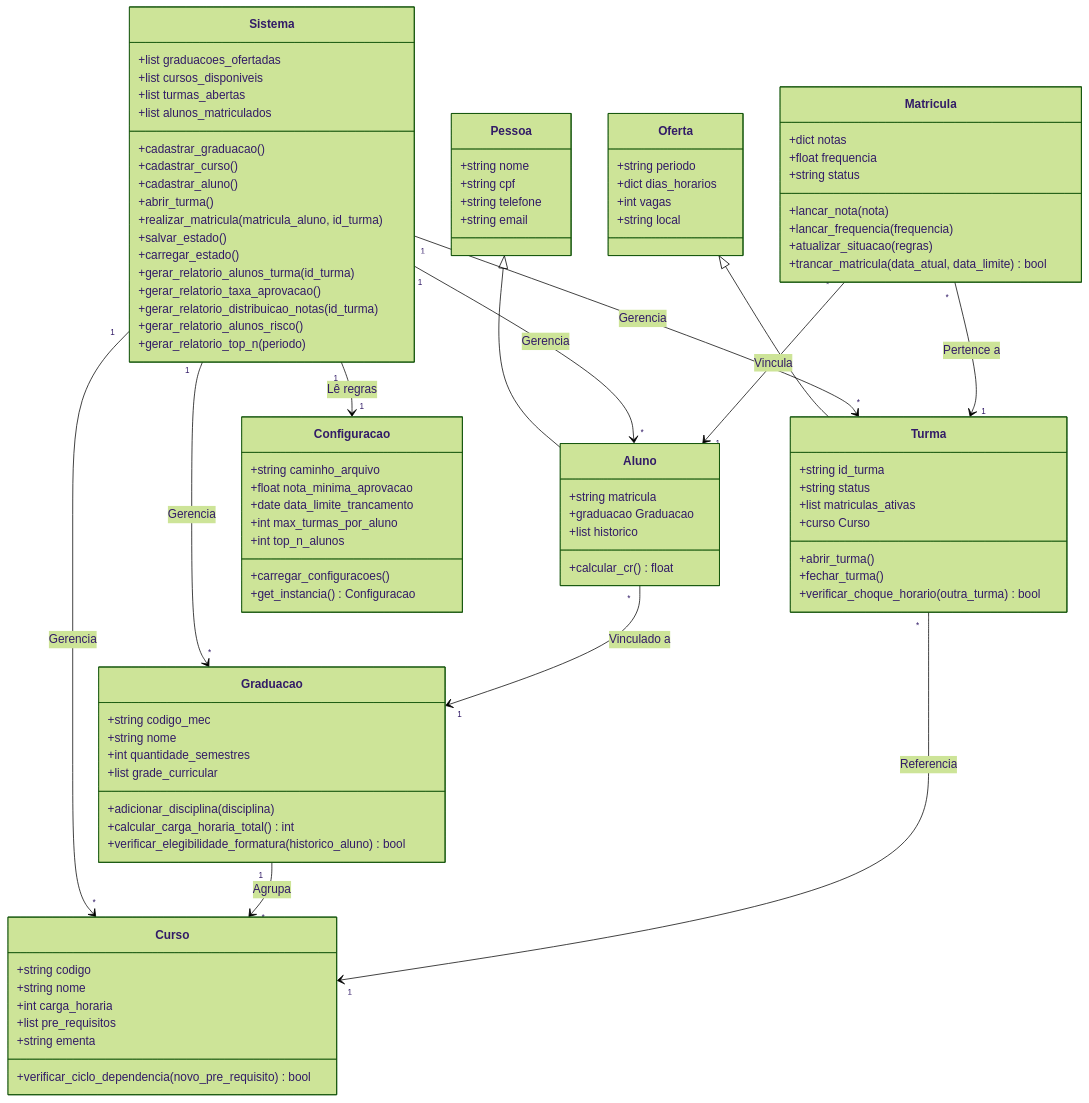
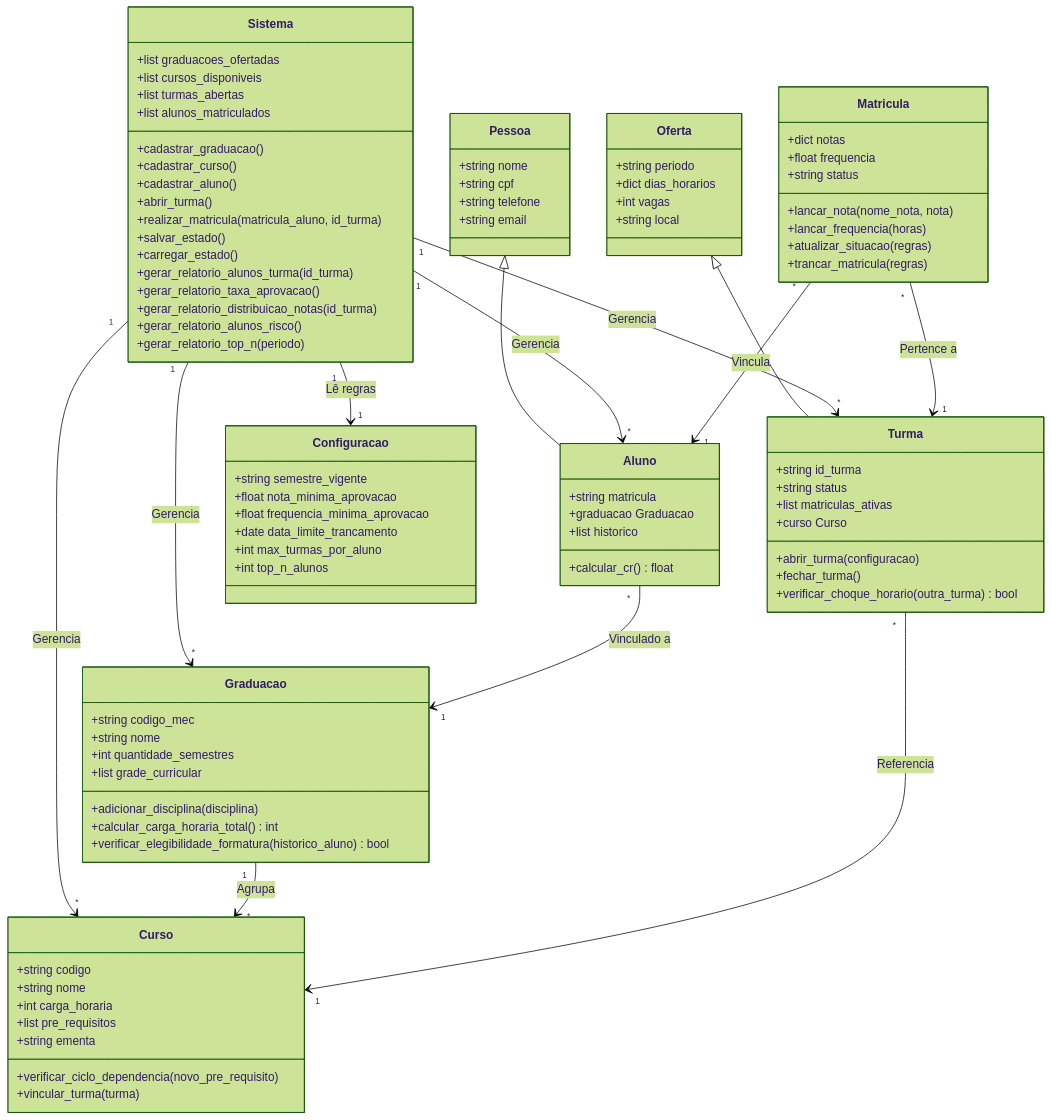
One commit to tiagopds-dev/Gerenciador-de-Cursos-e-Alunos changed the diagram in README.md. Above: the diagram before and after it, drawn with Mermaid (forest theme). The commit also changed other lines of this file, not shown here.

First line of the commit message:
docs: atualiza README com novo diagrama UML, padrões arquiteturais e descritivo de classes

```diff
--- a/README.md
+++ b/README.md
@@ -52,7 +54,7 @@
         +string status
         +list matriculas_ativas
         +curso Curso
-        +abrir_turma()
+        +abrir_turma(configuracao)
         +fechar_turma()
         +verificar_choque_horario(outra_turma) bool
     }
@@ -74,28 +76,28 @@
         +int carga_horaria
         +list pre_requisitos
         +string ementa
-        +verificar_ciclo_dependencia(novo_pre_requisito) bool
+        +verificar_ciclo_dependencia(novo_pre_requisito)
+        +vincular_turma(turma)
     }
 
     class Matricula {
         +dict notas
         +float frequencia
         +string status
-        +lancar_nota(nota)
-        +lancar_frequencia(frequencia)
+        +lancar_nota(nome_nota, nota)
+        +lancar_frequencia(horas)
         +atualizar_situacao(regras)
-        +trancar_matricula(data_atual, data_limite) bool
+        +trancar_matricula(regras)
     }
 
     %% Classes de Controle e Gerenciamento
     class Configuracao {
-        +string caminho_arquivo
+        +string semestre_vigente
         +float nota_minima_aprovacao
+        +float frequencia_minima_aprovacao
         +date data_limite_trancamento
         +int max_turmas_por_aluno
         +int top_n_alunos
-        +carregar_configuracoes()
-        +get_instancia() Configuracao
     }
 
     class Sistema {
```
